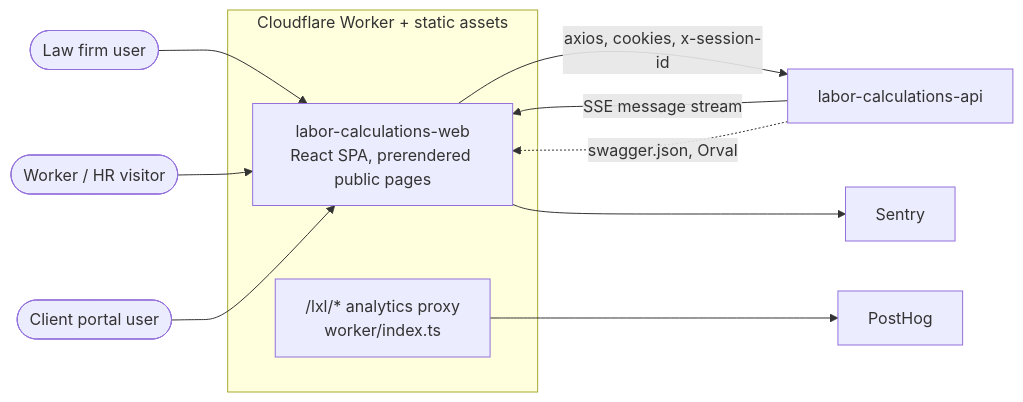
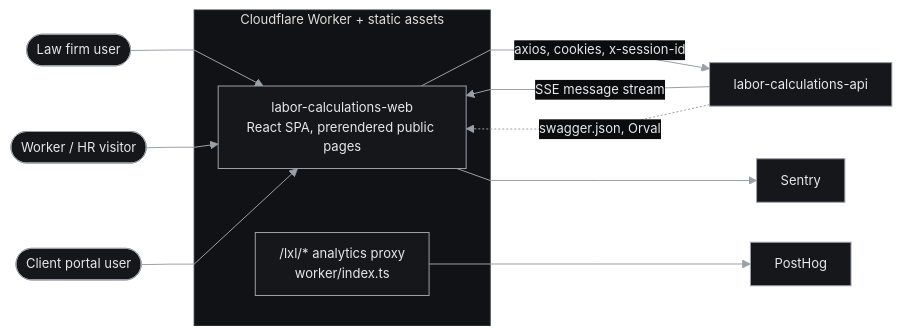
One commit to mkwitko/labor-calculations-web changed the first of 3 diagrams in README.md. Above: the diagram before and after it, drawn with Mermaid. The commit also changed other lines of this file and 8 other files, not shown here.

Commit message:
brand: framed screenshots and diagram palette

````diff
--- a/README.md
+++ b/README.md
@@ -47,15 +47,16 @@
 ```mermaid
+%%{init: {"theme":"base","themeVariables":{"background":"#0B0C0E","primaryColor":"#15171B","primaryTextColor":"#E6E8EB","primaryBorderColor":"#9AA0A8","secondaryColor":"#1E2126","tertiaryColor":"#1E2126","lineColor":"#9AA0A8","textColor":"#E6E8EB","clusterBkg":"#101216","clusterBorder":"#2A2E35","edgeLabelBackground":"#0B0C0E","actorBkg":"#15171B","actorBorder":"#9AA0A8","actorTextColor":"#E6E8EB","signalColor":"#9AA0A8","signalTextColor":"#E6E8EB","noteBkgColor":"#1E2126","noteTextColor":"#E6E8EB","noteBorderColor":"#2A2E35","fontFamily":"ui-monospace, SFMono-Regular, Menlo, monospace","fontSize":"13px"}, "flowchart":{"curve":"linear","nodeSpacing":40,"rankSpacing":48,"padding":12}}}%%
 flowchart LR
   Lawyer([Law firm user]) --> Web
   Worker([Worker / HR visitor]) --> Web
   Client([Client portal user]) --> Web
   subgraph Edge[Cloudflare Worker + static assets]
     Web[labor-calculations-web<br/>React SPA, prerendered public pages]
     Proxy["/lxl/* analytics proxy<br/>worker/index.ts"]
   end
   Web -->|axios, cookies, x-session-id| API[labor-calculations-api]
   API -->|SSE message stream| Web
   Proxy --> PostHog
   Web --> Sentry
   API -.->|swagger.json, Orval| Web
 ```
````
